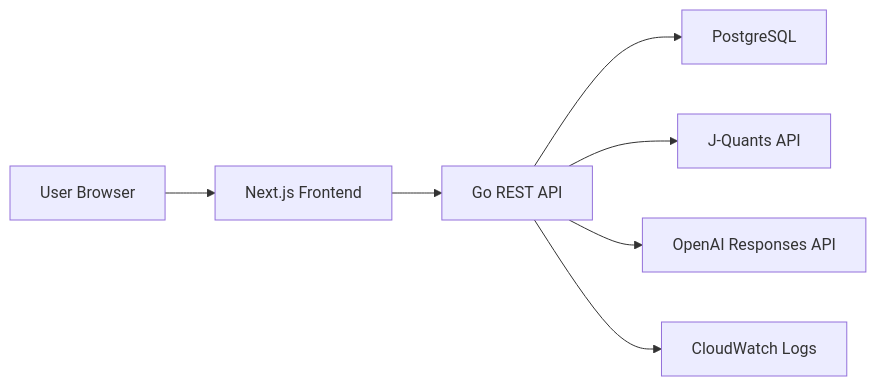
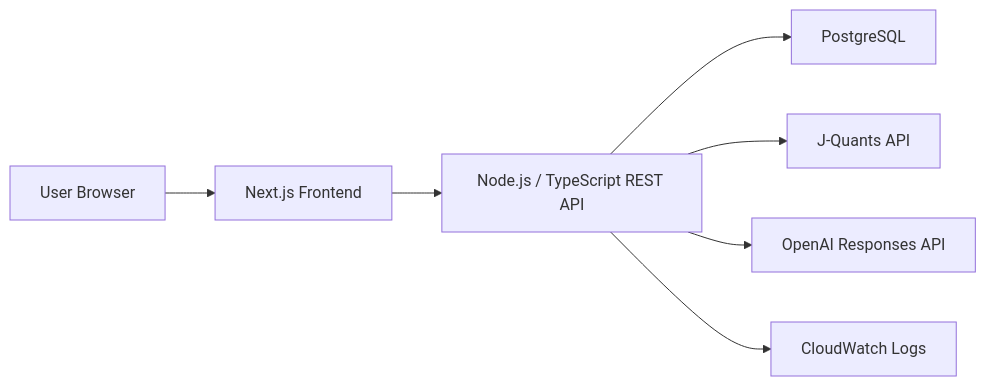
Before and after one commit to KodaiShiraishi/alphalens-jp: the first of 5 diagrams in docs/02_system_design.md, drawn with Mermaid. The commit also changed other lines of this file and 9 other files, not shown here.

Commit message:
docs: align MVP architecture with TypeScript stack

````diff
--- a/docs/02_system_design.md
+++ b/docs/02_system_design.md
@@ -27,9 +29,9 @@
 ```mermaid
 flowchart LR
   User["User Browser"] --> FE["Next.js Frontend"]
-  FE --> API["Go REST API"]
+  FE --> API["Node.js / TypeScript REST API"]
   API --> DB["PostgreSQL"]
   API --> JQ["J-Quants API"]
   API --> OpenAI["OpenAI Responses API"]
   API --> CW["CloudWatch Logs"]
 ```
````
